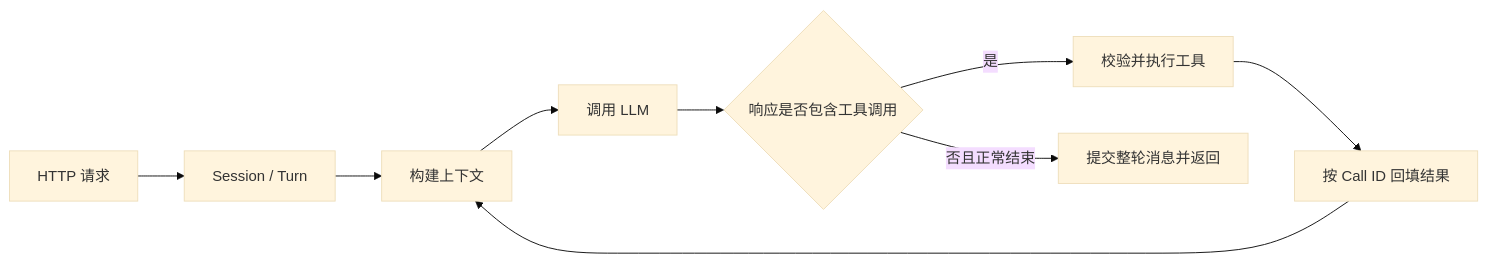
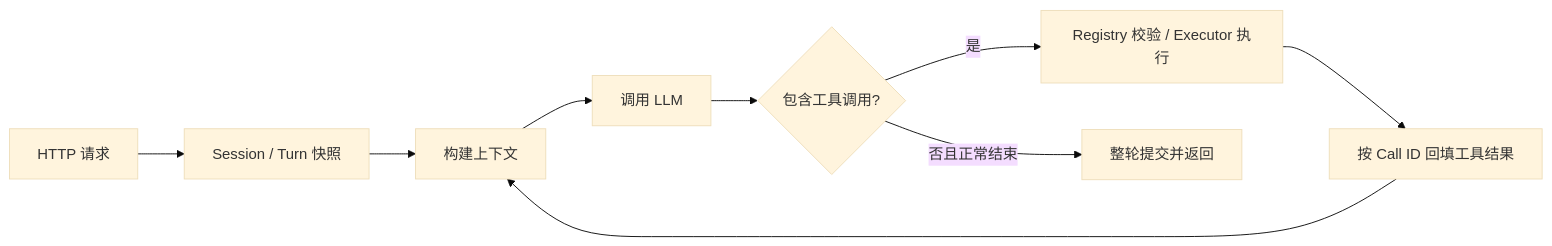
One commit to WenqingSong/mini-agent-go changed the diagram in README.md. Above: the diagram before and after it, drawn with Mermaid (base theme). The commit also changed other lines of this file and 17 other files, not shown here.

````diff
--- a/README.md
+++ b/README.md
@@ -140,11 +114,11 @@
 ```mermaid
 flowchart LR
-    H[HTTP 请求] --> S[Session / Turn]
+    H[HTTP 请求] --> S[Session / Turn 快照]
     S --> C[构建上下文]
     C --> L[调用 LLM]
-    L --> D{响应是否包含工具调用}
-    D -->|是| T[校验并执行工具]
-    T --> R[按 Call ID 回填结果]
+    L --> D{包含工具调用?}
+    D -->|是| T[Registry 校验 / Executor 执行]
+    T --> R[按 Call ID 回填工具结果]
     R --> C
-    D -->|否且正常结束| F[提交整轮消息并返回]
+    D -->|否且正常结束| F[整轮提交并返回]
 ```
````
